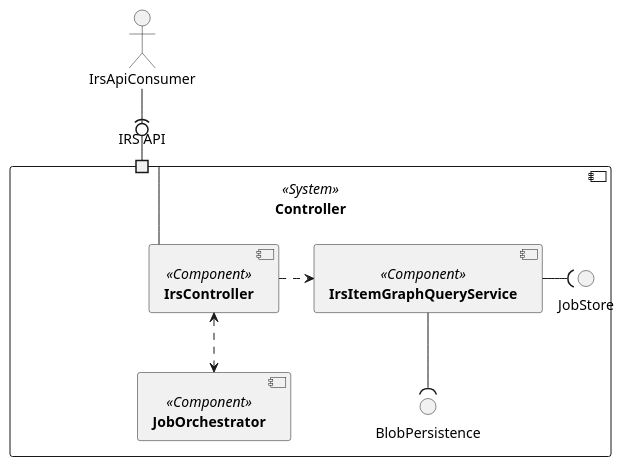
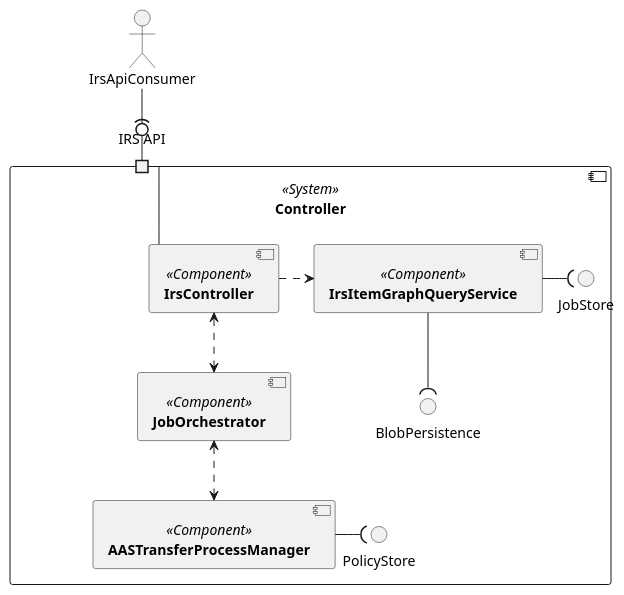
One commit to eclipse-tractusx/item-relationship-service changed the diagram in docs/src/uml-diagrams/building-block-view/level-2-int.puml. Above: the diagram before and after it, drawn with PlantUML. The commit also changed 2 other files, not shown here.

Commit message:
chore(buildingblock):[#287] add policy store to 2 level

```diff
--- a/docs/src/uml-diagrams/building-block-view/level-2-int.puml
+++ b/docs/src/uml-diagrams/building-block-view/level-2-int.puml
@@ -1,24 +1,29 @@
 @startuml
 skinparam monochrome true
 skinparam shadowing false
 skinparam linetype ortho
 skinparam defaultFontName "Architects daughter"
 
  component [**Controller**] <<System>> as Controller {
     component [**IrsController**] <<Component>> as IrsController
     component [**IrsItemGraphQueryService**] <<Component>> as IrsItemGraphQueryService
         port "IRS API" as API_PORT
     component [**JobOrchestrator**] <<Component>> as JobOrchestrator
     interface JobStore
     interface BlobPersistence
     IrsController .>  IrsItemGraphQueryService
+    component [**AASTransferProcessManager**] <<Component>> as AASTransferProcessManager
+    interface PolicyStore
+ }
 
+  actor IrsApiConsumer
 
-    }
-    actor IrsApiConsumer
-        IrsController <..> JobOrchestrator
-        IrsController -up- API_PORT
-        IrsApiConsumer -(0- API_PORT
-        IrsItemGraphQueryService -( JobStore
-        IrsItemGraphQueryService --( BlobPersistence
+  IrsController <..> JobOrchestrator
+  IrsController -up- API_PORT
+  IrsApiConsumer -(0- API_PORT
+  IrsItemGraphQueryService -( JobStore
+  IrsItemGraphQueryService --( BlobPersistence
+  JobOrchestrator <..> AASTransferProcessManager
+  AASTransferProcessManager -( PolicyStore
+
 @enduml
```
